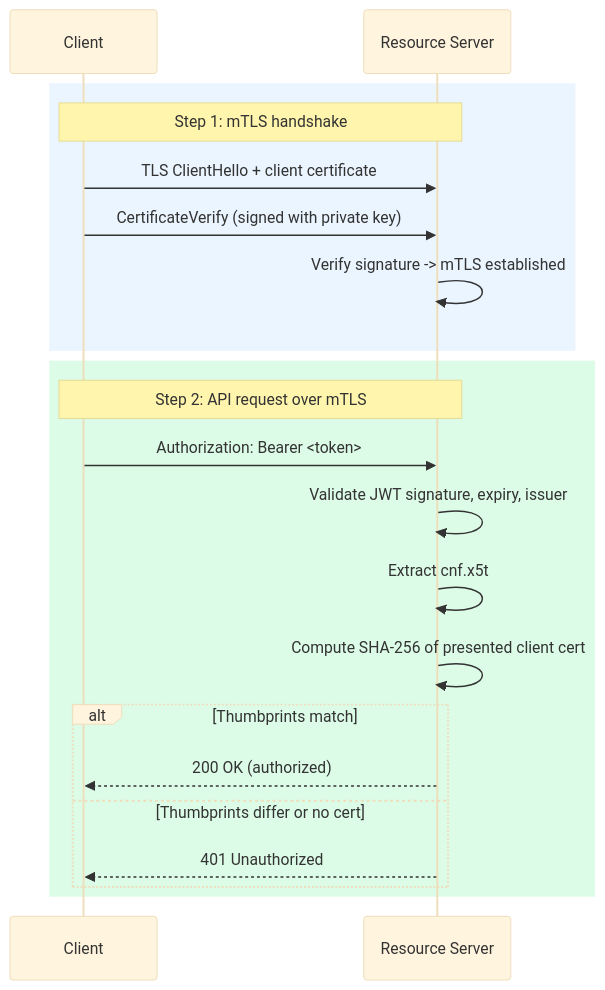
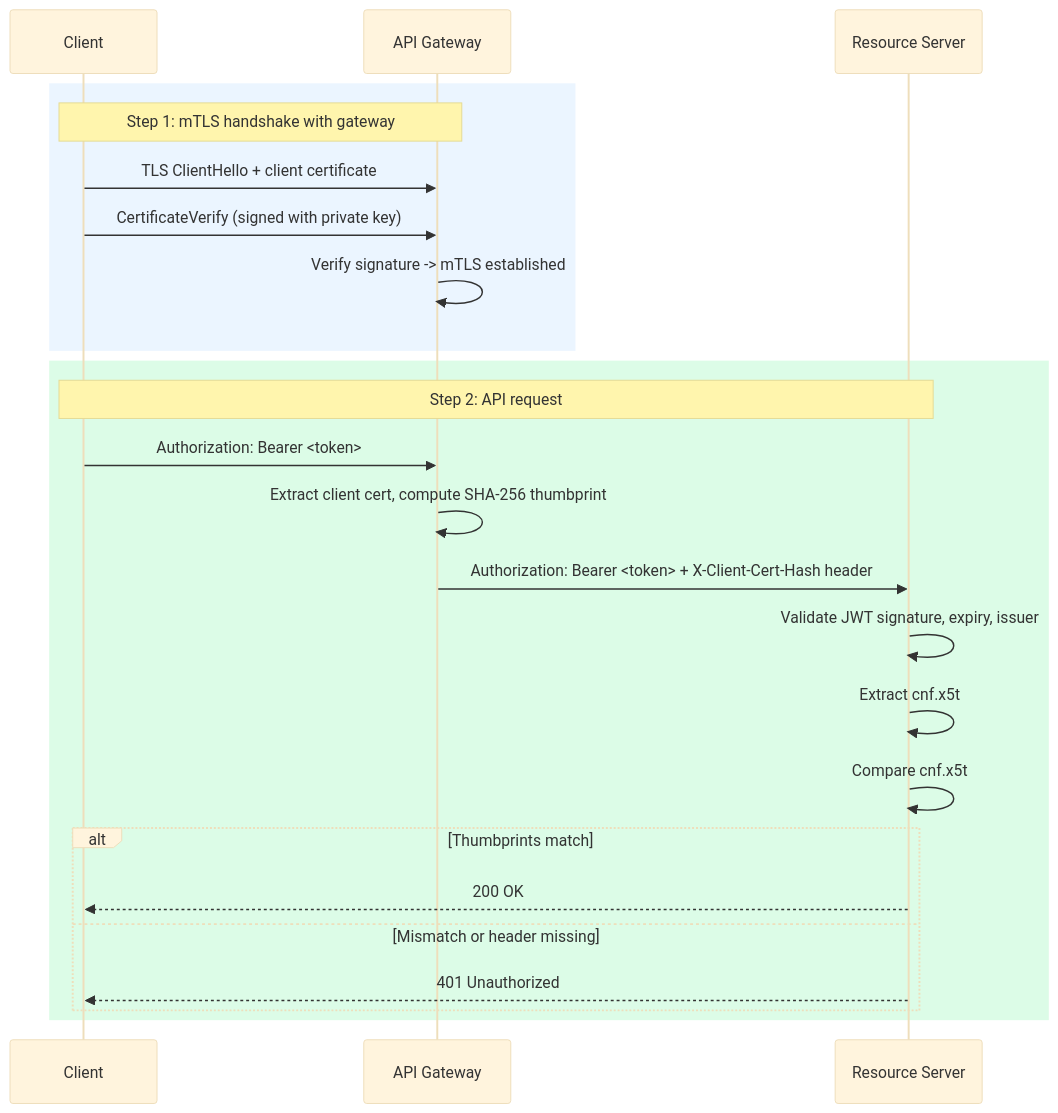
Before and after one commit to kse-bd8338bbe006/mtls-demo: the second of 3 diagrams in README.md, drawn with Mermaid (base theme). The commit also changed other lines of this file, not shown here.

First line of the commit message:
readme: update RS verification and stolen token diagrams to gateway pattern

````diff
--- a/README.md
+++ b/README.md
@@ -46,25 +46,28 @@
 ```mermaid
 sequenceDiagram
     participant C as Client
+    participant GW as API Gateway
     participant RS as Resource Server
 
     rect rgb(235, 245, 255)
-    Note over C,RS: Step 1: mTLS handshake
-    C->>RS: TLS ClientHello + client certificate
-    C->>RS: CertificateVerify (signed with private key)
-    RS->>RS: Verify signature -> mTLS established
+    Note over C,GW: Step 1: mTLS handshake with gateway
+    C->>GW: TLS ClientHello + client certificate
+    C->>GW: CertificateVerify (signed with private key)
+    GW->>GW: Verify signature -> mTLS established
     end
 
     rect rgb(220, 252, 231)
-    Note over C,RS: Step 2: API request over mTLS
-    C->>RS: Authorization: Bearer <token>
+    Note over C,RS: Step 2: API request
+    C->>GW: Authorization: Bearer <token>
+    GW->>GW: Extract client cert, compute SHA-256 thumbprint
+    GW->>RS: Authorization: Bearer <token> + X-Client-Cert-Hash header
     RS->>RS: Validate JWT signature, expiry, issuer
-    RS->>RS: Extract cnf.x5t#S256 from token
-    RS->>RS: Compute SHA-256 of presented client cert
+    RS->>RS: Extract cnf.x5t#S256 from JWT
+    RS->>RS: Compare cnf.x5t#S256 with X-Client-Cert-Hash header
     alt Thumbprints match
-        RS-->>C: 200 OK (authorized)
-    else Thumbprints differ or no cert
+        RS-->>C: 200 OK
+    else Mismatch or header missing
         RS-->>C: 401 Unauthorized
     end
     end
 ```
````
